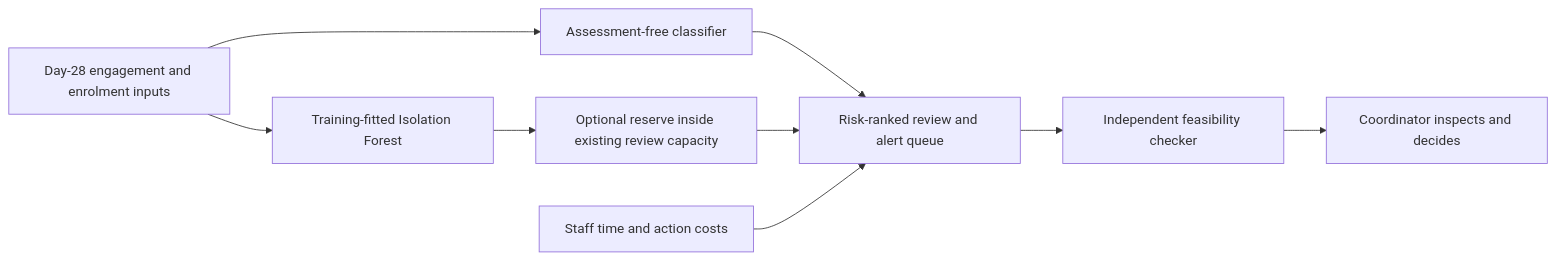
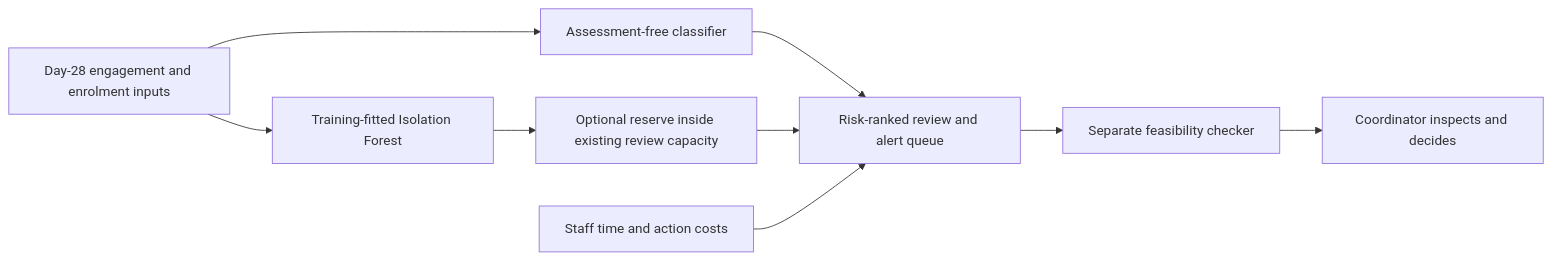
The diagram in final/docs/final_report.md (oj9o/talentroute-learner-support), drawn with Mermaid before and after one commit. The commit also changed other lines of this file and 2 other files, not shown here.

````diff
--- a/final/docs/final_report.md
+++ b/final/docs/final_report.md
@@ -23,11 +23,11 @@
 ```mermaid
 flowchart LR
     A[Day-28 engagement and enrolment inputs] --> B[Assessment-free classifier]
     A --> C[Training-fitted Isolation Forest]
     B --> D[Risk-ranked review and alert queue]
     C --> E[Optional reserve inside existing review capacity]
     E --> D
     F[Staff time and action costs] --> D
-    D --> G[Independent feasibility checker]
+    D --> G[Separate feasibility checker]
     G --> H[Coordinator inspects and decides]
 ```
````
